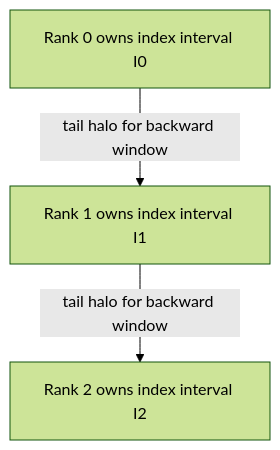
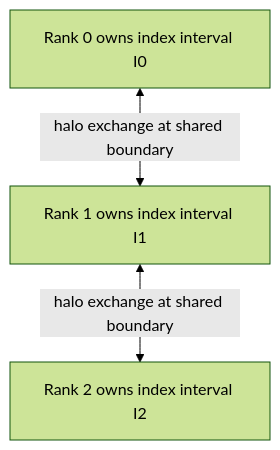
One commit to rapidsai/cudf changed the second of 2 diagrams in python/cudf_polars/docs/DESIGN-rolling-rapidsmpf.md. Above: the diagram before and after it, drawn with Mermaid (forest theme). The commit also changed other lines of this file, not shown here.

````diff
--- a/python/cudf_polars/docs/DESIGN-rolling-rapidsmpf.md
+++ b/python/cudf_polars/docs/DESIGN-rolling-rapidsmpf.md
@@ -188,8 +182,8 @@
 ```mermaid
 flowchart TB
   R0[Rank 0 owns index interval I0]
   R1[Rank 1 owns index interval I1]
   R2[Rank 2 owns index interval I2]
-  R0 -->|tail halo for backward window| R1
-  R1 -->|tail halo for backward window| R2
+  R0 <-->|halo exchange at shared boundary| R1
+  R1 <-->|halo exchange at shared boundary| R2
 ```
````
